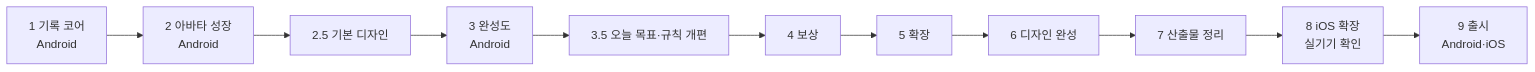
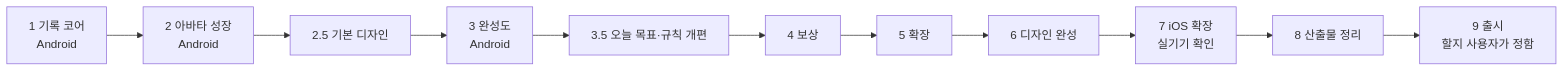
The diagram in docs/roadmap.md (dhkim1522/runmagochi), drawn with Mermaid before and after one commit. The commit also changed other lines of this file and 8 other files, not shown here.

Commit message:
docs: 실기기 확인을 페이즈 7, 산출물 정리를 8, 출시는 써 본 뒤 결정 (결정 0026)

````diff
--- a/docs/roadmap.md
+++ b/docs/roadmap.md
@@ -13,13 +13,13 @@
 ```mermaid
 flowchart LR
     P1["1 기록 코어<br/>Android"] --> P2["2 아바타 성장<br/>Android"]
     P2 --> P25["2.5 기본 디자인"]
     P25 --> P3["3 완성도<br/>Android"]
     P3 --> P35["3.5 오늘 목표·규칙 개편"]
     P35 --> P4["4 보상"]
     P4 --> P5["5 확장"]
     P5 --> P6["6 디자인 완성"]
-    P6 --> P7["7 산출물 정리"]
-    P7 --> P8["8 iOS 확장<br/>실기기 확인"]
-    P8 --> P9["9 출시<br/>Android·iOS"]
+    P6 --> P7["7 iOS 확장<br/>실기기 확인"]
+    P7 --> P8["8 산출물 정리"]
+    P8 --> P9["9 출시<br/>할지 사용자가 정함"]
 ```
````
